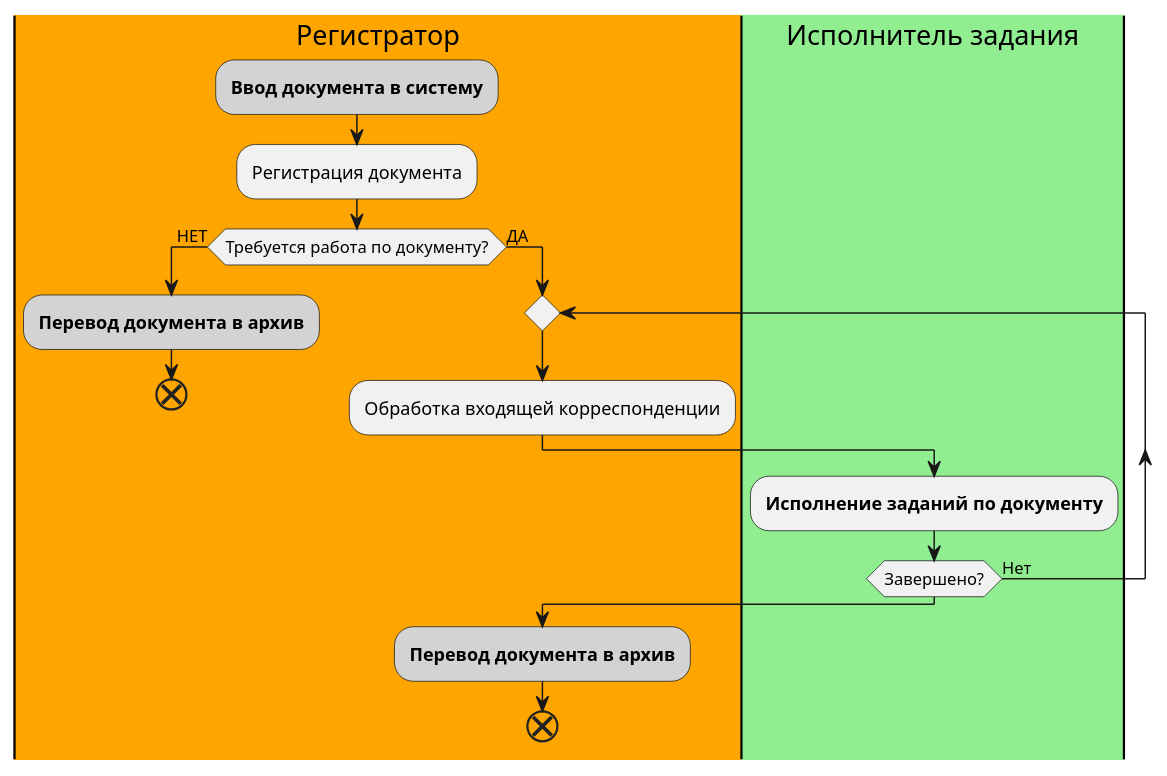
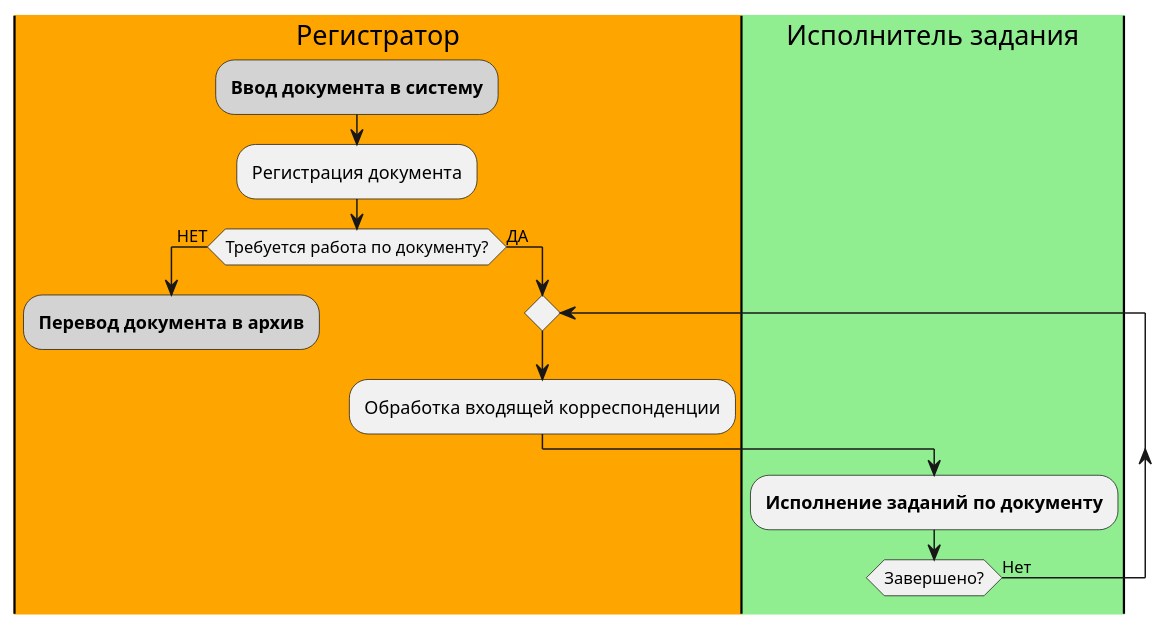
Before and after one commit to Grolribasi/WebC-Antora: the first of 6 diagrams in modules/user/pages/appendix/stagesOfWorkingWithDocuments.adoc, drawn with PlantUML. The commit also changed other lines of this file and 1 other file, not shown here.

Commit message:
Обновил диаграммы

```diff
--- a/modules/user/pages/appendix/stagesOfWorkingWithDocuments.adoc
+++ b/modules/user/pages/appendix/stagesOfWorkingWithDocuments.adoc
@@ -6,22 +8,20 @@
 [plantuml, svg]
 ....
 @startuml
 skinparam rectangleBorderThickness 1
 |#orange|Регистратор|
 #lightgray:**Ввод документа в систему**;
 :Регистрация документа;
 if (Требуется работа по документу?) then (НЕТ)
 |#orange|Регистратор|
 #lightgray:**Перевод документа в архив**;
-end
+detach
 else (ДА)
 repeat
 :Обработка входящей корреспонденции;
 |#lightgreen|Исполнитель задания|
 :**Исполнение заданий по документу**;
 repeat while (Завершено?) is (Нет)
-|#orange|Регистратор|
-#lightgray:**Перевод документа в архив**;
-end
+detach
 @enduml
 ....
```
